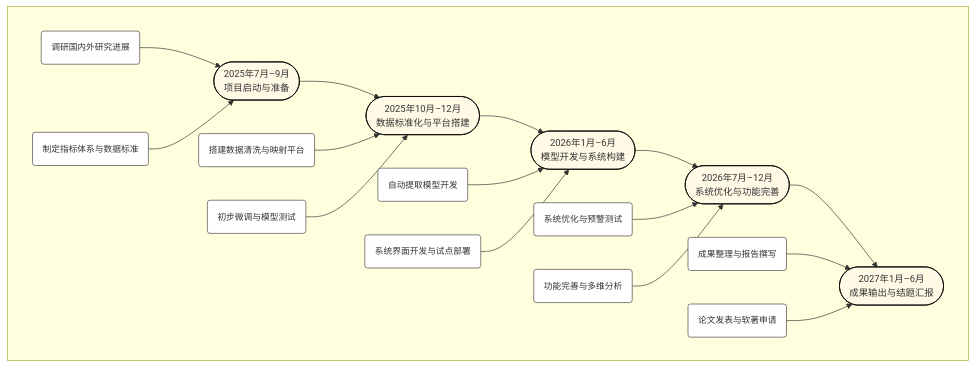
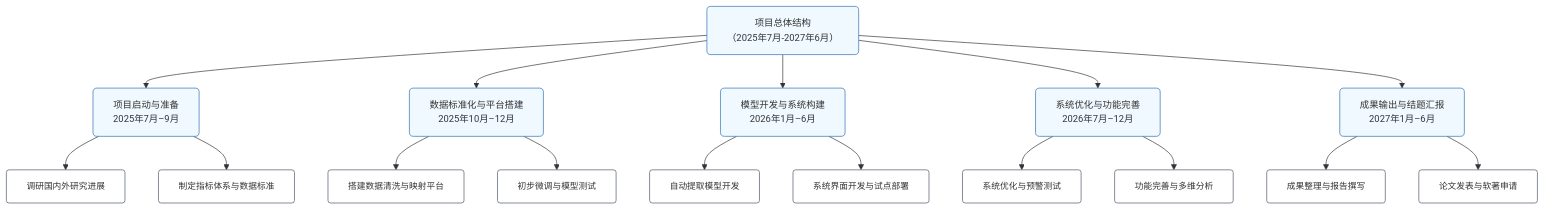
The diagram in all/未命名-2.md (qianlei0007/iodraw-files), drawn with Mermaid before and after one commit.

Commit message:
2025-04-24 11:29:55 update

````diff
--- a/all/未命名-2.md
+++ b/all/未命名-2.md
@@ -1,33 +1,35 @@
 ```mermaid
-flowchart TD
-    %% === 项目主阶段 ===
-    A1([2025年7月–9月<br>项目启动与准备]) --> A2([2025年10月–12月<br>数据标准化与平台搭建])
-    A2 --> A3([2026年1月–6月<br>模型开发与系统构建])
-    A3 --> A4([2026年7月–12月<br>系统优化与功能完善])
-    A4 --> A5([2027年1月–6月<br>成果输出与结题汇报])
+flowchart TB
+    %% === 顶层架构 ===
+    A[项目总体结构<br>（2025年7月-2027年6月）]
 
-    %% === 子任务细节 ===
-    subgraph S1 [ ]
-        B1(调研国内外研究进展) --> A1
-        B2(制定指标体系与数据标准) --> A1
+    A --> B1[项目启动与准备<br>2025年7月–9月]
+    A --> B2[数据标准化与平台搭建<br>2025年10月–12月]
+    A --> B3[模型开发与系统构建<br>2026年1月–6月]
+    A --> B4[系统优化与功能完善<br>2026年7月–12月]
+    A --> B5[成果输出与结题汇报<br>2027年1月–6月]
 
-        B3(搭建数据清洗与映射平台) --> A2
-        B4(初步微调与模型测试) --> A2
+    %% === 子模块任务 ===
+    B1 --> C1[调研国内外研究进展]
+    B1 --> C2[制定指标体系与数据标准]
 
-        B5(自动提取模型开发) --> A3
-        B6(系统界面开发与试点部署) --> A3
+    B2 --> C3[搭建数据清洗与映射平台]
+    B2 --> C4[初步微调与模型测试]
 
-        B7(系统优化与预警测试) --> A4
-        B8(功能完善与多维分析) --> A4
+    B3 --> C5[自动提取模型开发]
+    B3 --> C6[系统界面开发与试点部署]
 
-        B9(成果整理与报告撰写) --> A5
-        B10(论文发表与软著申请) --> A5
-    end
+    B4 --> C7[系统优化与预警测试]
+    B4 --> C8[功能完善与多维分析]
+
+    B5 --> C9[成果整理与报告撰写]
+    B5 --> C10[论文发表与软著申请]
 
     %% === 样式设置 ===
-    classDef mainStage fill:#fff9e6,stroke:#000,stroke-width:1px,rx:8px,ry:8px,font-size:14px
-    classDef subTask fill:#ffffff,stroke:#444,stroke-width:1px,rx:4px,ry:4px,font-size:13px
-    class A1,A2,A3,A4,A5 mainStage
-    class B1,B2,B3,B4,B5,B6,B7,B8,B9,B10 subTask
+    classDef stage fill:#f0f9ff,stroke:#2b6cb0,stroke-width:1px,rx:6,ry:6,font-size:14px
+    classDef task fill:#ffffff,stroke:#4a5568,stroke-width:1px,rx:4,ry:4,font-size:13px
+    class A stage
+    class B1,B2,B3,B4,B5 stage
+    class C1,C2,C3,C4,C5,C6,C7,C8,C9,C10 task
 
 ```
````
